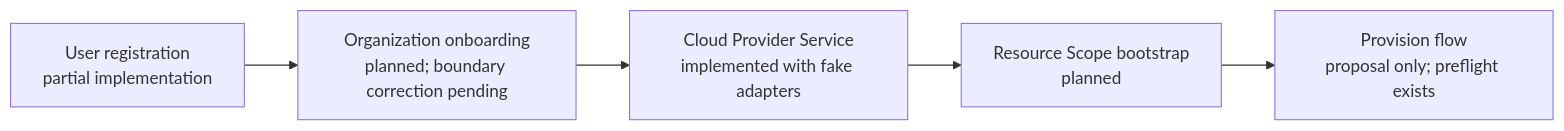
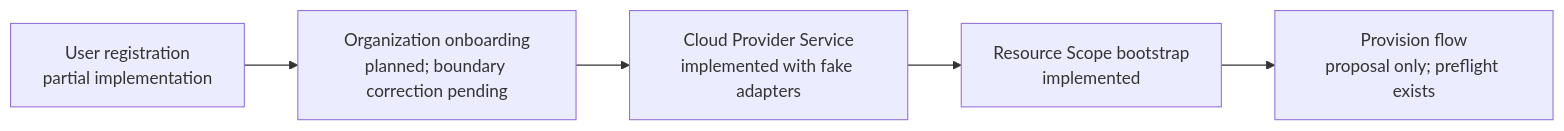
The diagram in docs/IMPLEMENTATION_STATUS.md (kadimetla/PlatformOps), drawn with Mermaid before and after one commit. The commit also changed other lines of this file and 29 other files, not shown here.

````diff
--- a/docs/IMPLEMENTATION_STATUS.md
+++ b/docs/IMPLEMENTATION_STATUS.md
@@ -26,13 +26,13 @@
 ```mermaid
 flowchart LR
     Registration["User registration\npartial implementation"]
     Organization["Organization onboarding\nplanned; boundary correction pending"]
     Provider["Cloud Provider Service\nimplemented with fake adapters"]
-    Scope["Resource Scope bootstrap\nplanned"]
+    Scope["Resource Scope bootstrap\nimplemented"]
     Provision["Provision flow\nproposal only; preflight exists"]
 
     Registration --> Organization
     Organization --> Provider
     Provider --> Scope
     Scope --> Provision
 ```
````
